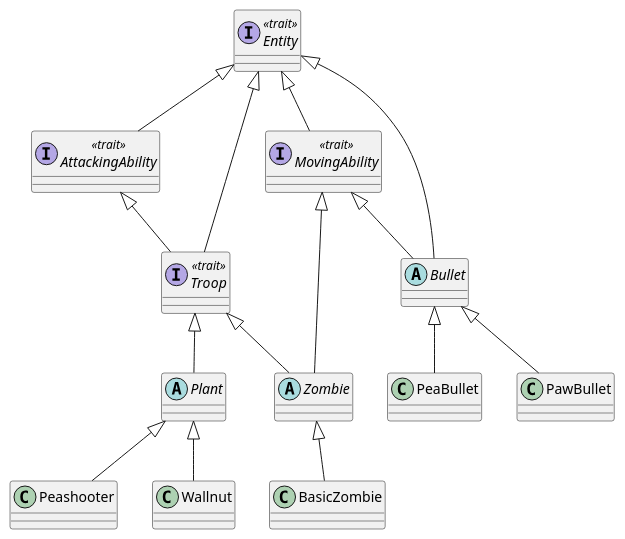
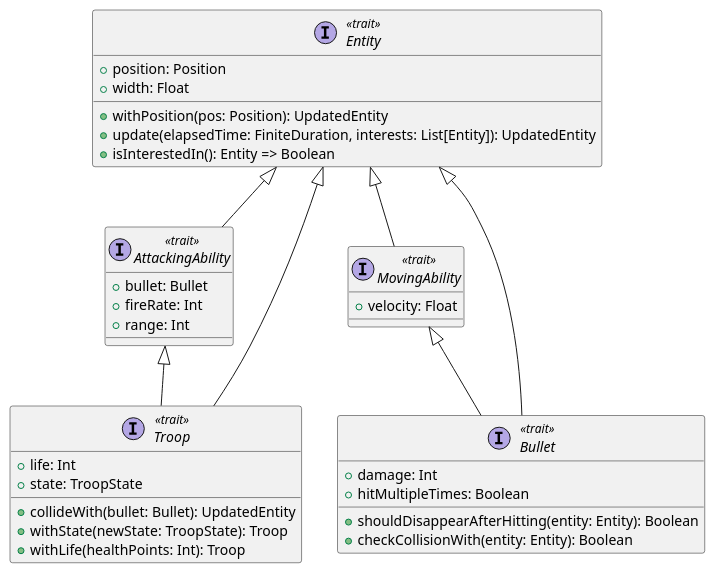
One commit to PaoloPenazzi/pps-pvzlike changed the diagram in doc/diagrams/Entities.puml. Above: the diagram before and after it, drawn with PlantUML.

Commit message:
docs: update entities UML

```diff
--- a/doc/diagrams/Entities.puml
+++ b/doc/diagrams/Entities.puml
@@ -1,33 +1,40 @@
 @startuml
 'https://plantuml.com/class-diagram
 
-interface Entity <<trait>>
-interface AttackingAbility <<trait>>
-interface MovingAbility <<trait>>
-interface Troop <<trait>>
-abstract class Plant
-abstract class Zombie
-abstract class Bullet
-class PeaBullet
-class PawBullet
-class Peashooter
-class Wallnut
-class BasicZombie
+interface Entity <<trait>> {
++ position: Position
++ width: Float
++ withPosition(pos: Position): UpdatedEntity
++ update(elapsedTime: FiniteDuration, interests: List[Entity]): UpdatedEntity
++ isInterestedIn(): Entity => Boolean
+}
+interface AttackingAbility <<trait>> {
++ bullet: Bullet
++ fireRate: Int
++ range: Int
+}
+interface MovingAbility <<trait>> {
++ velocity: Float
+}
+interface Troop <<trait>> {
++ collideWith(bullet: Bullet): UpdatedEntity
++ life: Int
++ state: TroopState
++ withState(newState: TroopState): Troop
++ withLife(healthPoints: Int): Troop
+}
+interface Bullet <<trait>> {
++ damage: Int
++ hitMultipleTimes: Boolean
++ shouldDisappearAfterHitting(entity: Entity): Boolean
++ checkCollisionWith(entity: Entity): Boolean
+}
 
 Entity <|-down- MovingAbility
 Entity <|-down- AttackingAbility
 Entity <|-down- Bullet
 Entity <|-down- Troop
 AttackingAbility <|-down- Troop
-MovingAbility <|-down- Zombie
 MovingAbility <|-down- Bullet
-Troop <|-down- Plant
-Troop <|-down- Zombie
-Plant <|-down- Peashooter
-Plant <|-down- Wallnut
-Zombie <|-down- BasicZombie
-Bullet <|-down- PeaBullet
-Bullet <|-down- PawBullet
-
 
 @enduml
```
